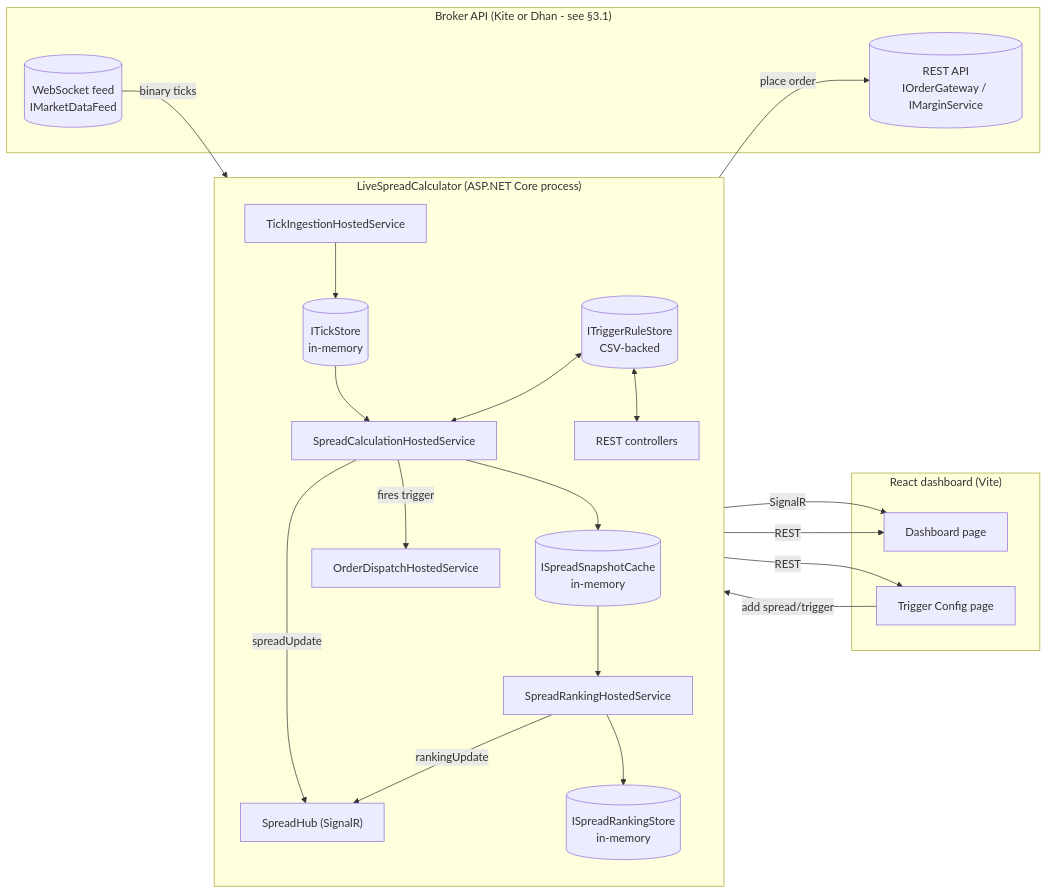
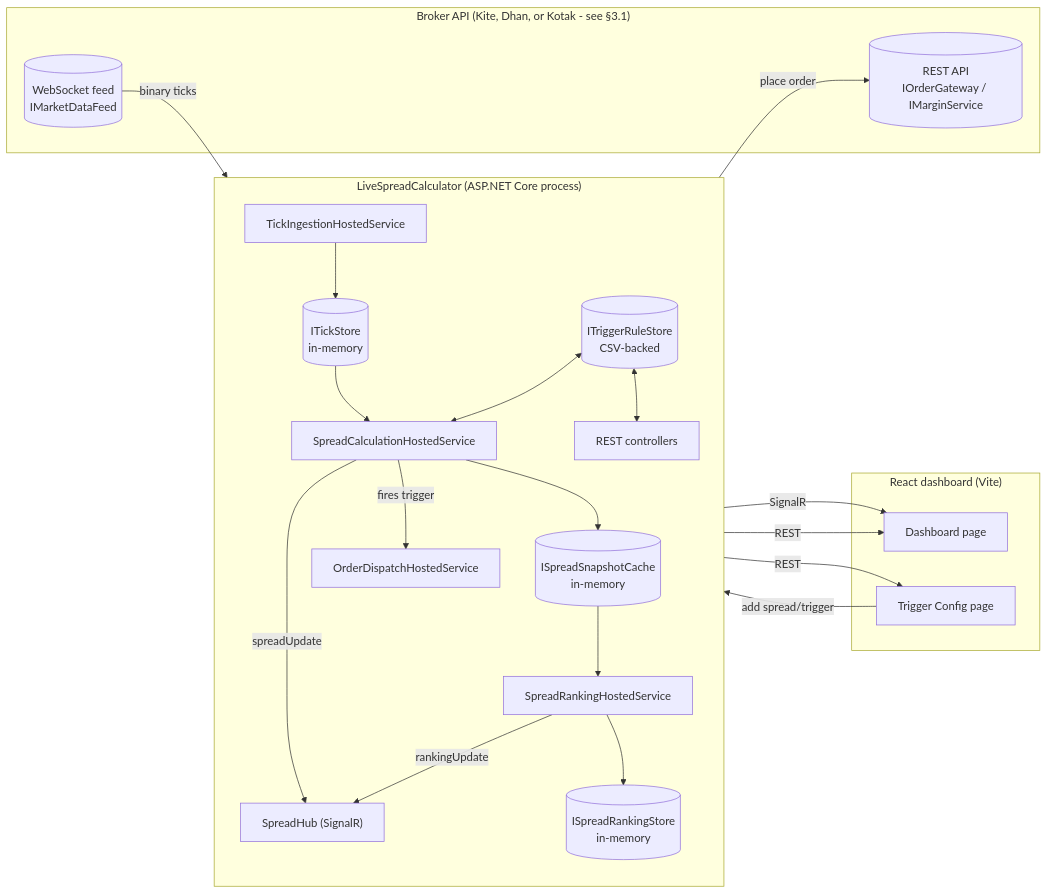
One commit to rathiayush/LiveSpreadCalculator changed the diagram in ARCHITECTURE.md. Above: the diagram before and after it, drawn with Mermaid. The commit also changed other lines of this file and 26 other files, not shown here.

````diff
--- a/ARCHITECTURE.md
+++ b/ARCHITECTURE.md
@@ -28,41 +28,41 @@
 ```mermaid
 flowchart LR
-    subgraph Broker["Broker API (Kite or Dhan - see §3.1)"]
+    subgraph Broker["Broker API (Kite, Dhan, or Kotak - see §3.1)"]
         WS[("WebSocket feed\nIMarketDataFeed")]
         REST[("REST API\nIOrderGateway / IMarginService")]
     end
 
     subgraph Api["LiveSpreadCalculator (ASP.NET Core process)"]
         direction TB
         Ingest["TickIngestionHostedService"]
         Calc["SpreadCalculationHostedService"]
         Rank["SpreadRankingHostedService"]
         Dispatch["OrderDispatchHostedService"]
         TickStore[("ITickStore\nin-memory")]
         SnapCache[("ISpreadSnapshotCache\nin-memory")]
         RankStore[("ISpreadRankingStore\nin-memory")]
         RuleStore[("ITriggerRuleStore\nCSV-backed")]
         Hub["SpreadHub (SignalR)"]
         Controllers["REST controllers"]
     end
 
     subgraph Dashboard["React dashboard (Vite)"]
         DashPage["Dashboard page"]
         ConfigPage["Trigger Config page"]
     end
 
     WS -- binary ticks --> Ingest --> TickStore
     TickStore --> Calc
     Calc --> SnapCache
     Calc -- "spreadUpdate" --> Hub
     Calc -- fires trigger --> Dispatch
     SnapCache --> Rank --> RankStore
     Rank -- "rankingUpdate" --> Hub
     Dispatch -- place order --> REST
     RuleStore <--> Calc
     RuleStore <--> Controllers
     Hub -- SignalR --> DashPage
     Controllers -- REST --> ConfigPage
     Controllers -- REST --> DashPage
     ConfigPage -- "add spread/trigger" --> Controllers
 ```
````
